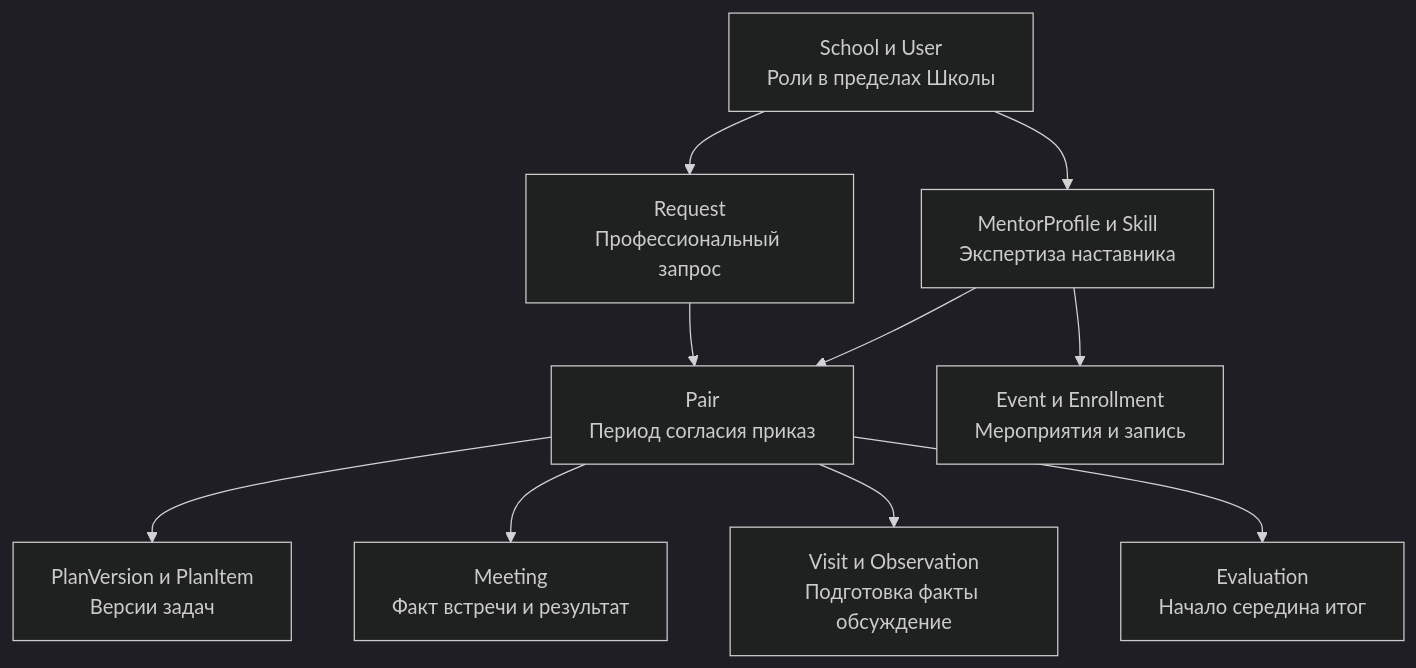
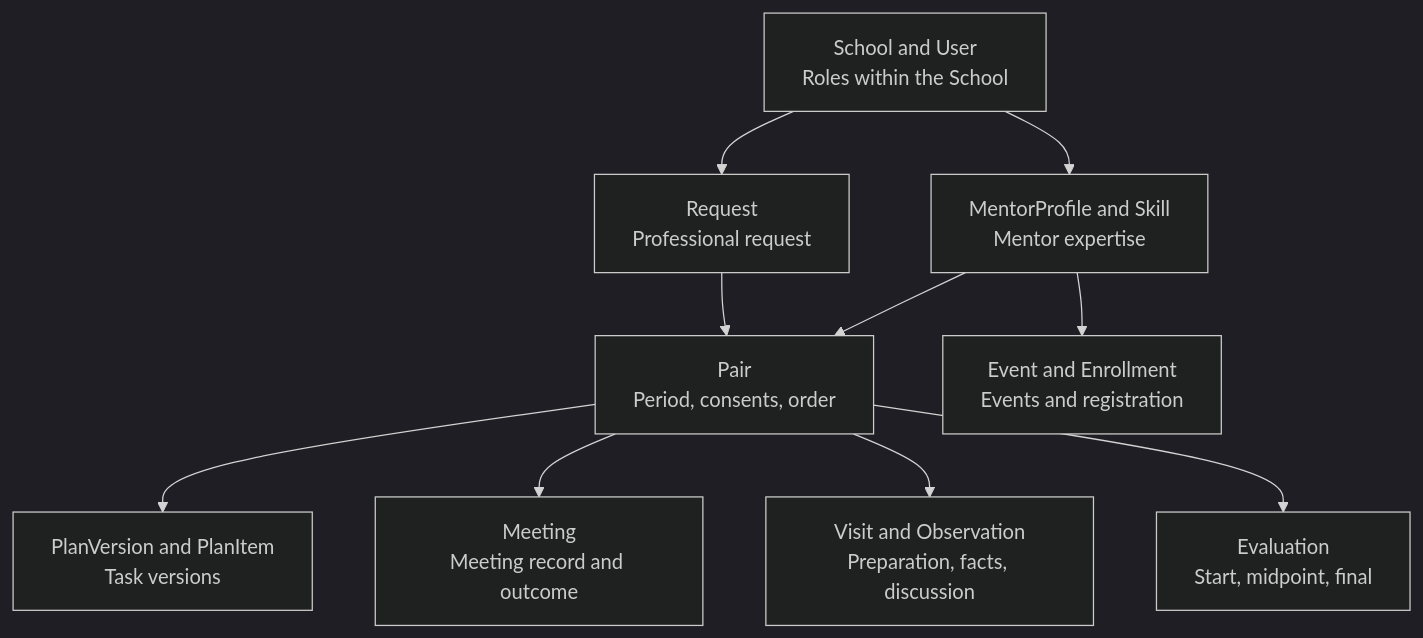
One commit to krna-tul/Diploma_Project_TulegenovaKM changed the diagram in docs/diagrams/source/entities.mmd. Above: the diagram before and after it, drawn with Mermaid (dark theme). The commit also changed 30 other files, not shown here.

```diff
--- a/docs/diagrams/source/entities.mmd
+++ b/docs/diagrams/source/entities.mmd
@@ -1,19 +1,19 @@
 flowchart TB
-  n0["School и User<br/>Роли в пределах Школы"]
-  n1["MentorProfile и Skill<br/>Экспертиза наставника"]
-  n2["Request<br/>Профессиональный запрос"]
-  n3["Pair<br/>Период согласия приказ"]
-  n4["PlanVersion и PlanItem<br/>Версии задач"]
-  n5["Meeting<br/>Факт встречи и результат"]
-  n6["Visit и Observation<br/>Подготовка факты обсуждение"]
-  n7["Evaluation<br/>Начало середина итог"]
-  n8["Event и Enrollment<br/>Мероприятия и запись"]
+  n0["School and User<br/>Roles within the School"]
+  n1["MentorProfile and Skill<br/>Mentor expertise"]
+  n2["Request<br/>Professional request"]
+  n3["Pair<br/>Period, consents, order"]
+  n4["PlanVersion and PlanItem<br/>Task versions"]
+  n5["Meeting<br/>Meeting record and outcome"]
+  n6["Visit and Observation<br/>Preparation, facts, discussion"]
+  n7["Evaluation<br/>Start, midpoint, final"]
+  n8["Event and Enrollment<br/>Events and registration"]
   n0 --> n1
   n0 --> n2
   n1 --> n3
   n2 --> n3
   n3 --> n4
   n3 --> n5
   n3 --> n6
   n3 --> n7
   n1 --> n8
```
